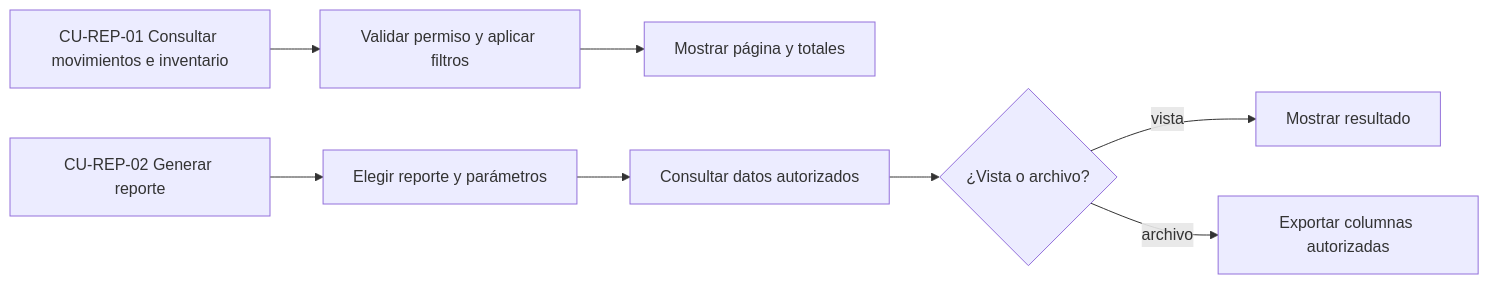
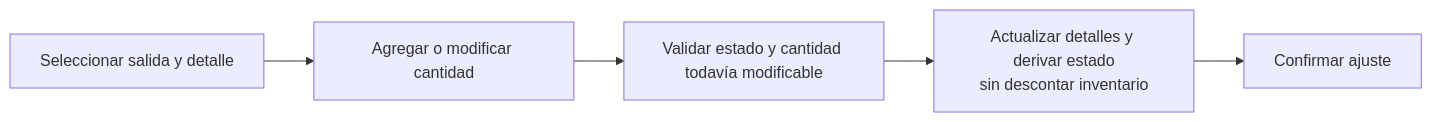
One commit to gpgsistemas01/nexus changed diagram 20 of 32 in docs/requirements/requirements-diagrams.md. Above: the diagram before and after it, drawn with Mermaid. The commit also changed other lines of this file, not shown here.

Commit message:
docs: diagramar individualmente cada caso de uso

````diff
--- a/docs/requirements/requirements-diagrams.md
+++ b/docs/requirements/requirements-diagrams.md
@@ -164,7 +284,7 @@
 ```mermaid
 flowchart LR
-    rep01["CU-REP-01 Consultar movimientos e inventario"] --> rep01f["Validar permiso y aplicar filtros"] --> rep01q["Mostrar página y totales"]
-    rep02["CU-REP-02 Generar reporte"] --> rep02f["Elegir reporte y parámetros"] --> rep02q["Consultar datos autorizados"] --> rep02o{"¿Vista o archivo?"}
-    rep02o -->|vista| rep02v["Mostrar resultado"]
-    rep02o -->|archivo| rep02x["Exportar columnas autorizadas"]
+    iss04Select["Seleccionar salida y detalle"] --> iss04Change["Agregar o modificar cantidad"]
+    iss04Change --> iss04Validate["Validar estado y cantidad todavía modificable"]
+    iss04Validate --> iss04Persist["Actualizar detalles y derivar estado<br/>sin descontar inventario"]
+    iss04Persist --> iss04Result["Confirmar ajuste"]
 ```
````
